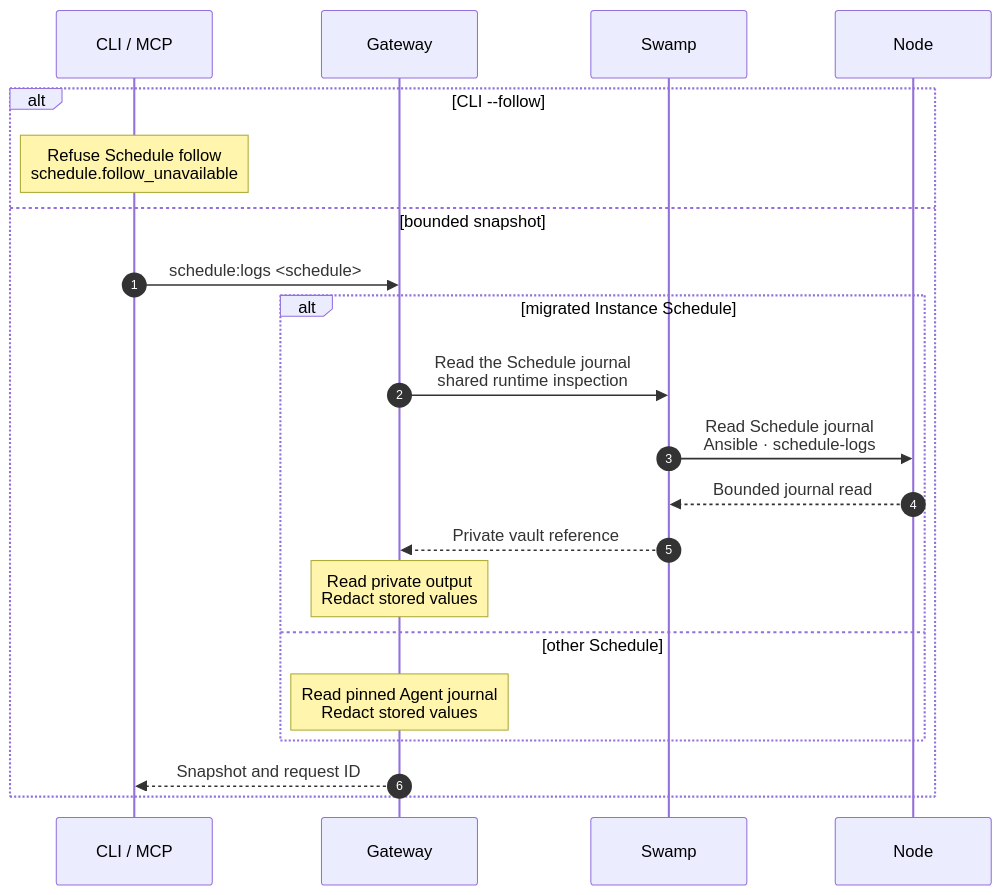
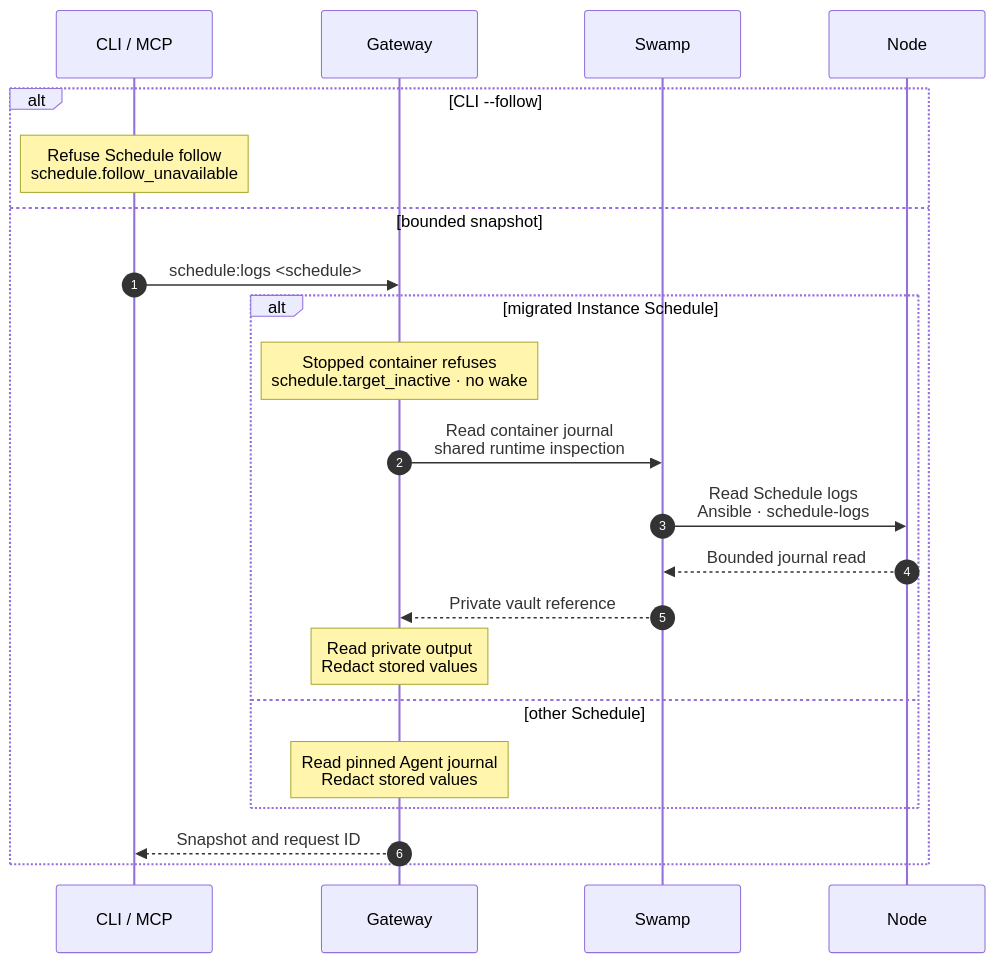
One commit to hardimpactdev/orbit changed the diagram in docs/cli/schedule/logs.mmd. Above: the diagram before and after it, drawn with Mermaid. The commit also changed 38 other files, not shown here.

```diff
--- a/docs/cli/schedule/logs.mmd
+++ b/docs/cli/schedule/logs.mmd
@@ -1,26 +1,27 @@
 sequenceDiagram
   %% status: draft
   %% command: schedule:logs
   %% kind: schedule.logs
   autonumber
   participant CLI as CLI / MCP
   participant GW as Gateway
   participant SW as Swamp
   participant N as Node
   alt CLI --follow
     Note over CLI: Refuse Schedule follow<br/>schedule.follow_unavailable
   else bounded snapshot
     CLI->>GW: schedule:logs <schedule>
     alt migrated Instance Schedule
-      GW->>SW: Read the Schedule journal<br/>shared runtime inspection
-      SW->>N: Read Schedule journal<br/>Ansible · schedule-logs
+      Note over GW: Stopped container refuses<br/>schedule.target_inactive · no wake
+      GW->>SW: Read container journal<br/>shared runtime inspection
+      SW->>N: Read Schedule logs<br/>Ansible · schedule-logs
       N-->>SW: Bounded journal read
       %%> Limits:
       %%> - complete entries within 4 MiB of UTF-8 bytes and the 8 MiB JSON transport limit, with 16 KiB reserved for the envelope
       SW-->>GW: Private vault reference
       Note over GW: Read private output<br/>Redact stored values
     else other Schedule
       Note over GW: Read pinned Agent journal<br/>Redact stored values
     end
     GW-->>CLI: Snapshot and request ID
   end
```
